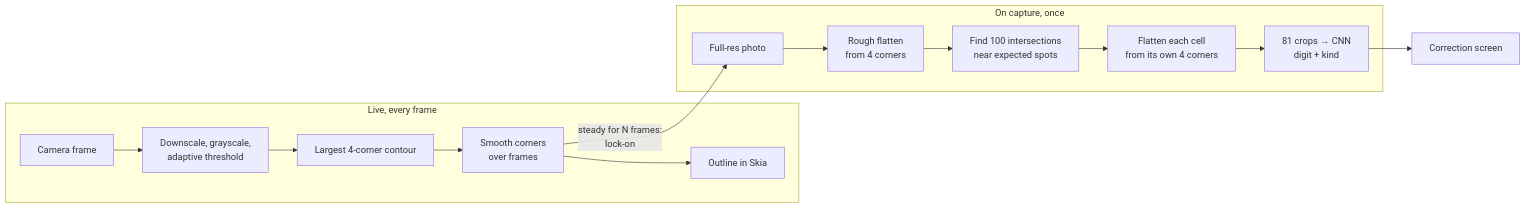
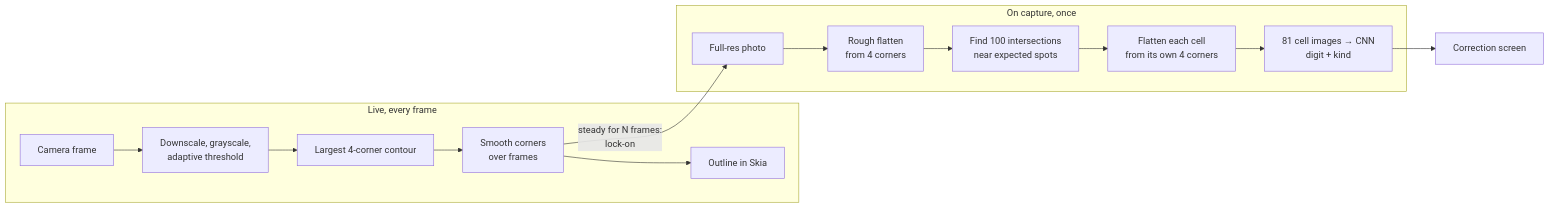
Before and after one commit to vandemaelefelix/sudoku: the diagram in docs/architecture/00-concepts/scan-pipeline.md, drawn with Mermaid. The commit also changed other lines of this file and 24 other files, not shown here.

Commit message:
docs: apply architecture review findings, add ADR-010 to ADR-013

````diff
--- a/docs/architecture/00-concepts/scan-pipeline.md
+++ b/docs/architecture/00-concepts/scan-pipeline.md
@@ -27,17 +27,17 @@
 ```mermaid
 flowchart LR
     subgraph live["Live, every frame"]
         f["Camera frame"] --> d["Downscale, grayscale,<br>adaptive threshold"]
         d --> q["Largest 4-corner contour"]
         q --> s["Smooth corners<br>over frames"]
         s --> o["Outline in Skia"]
     end
     subgraph cap["On capture, once"]
         p["Full-res photo"] --> w["Rough flatten<br>from 4 corners"]
         w --> i["Find 100 intersections<br>near expected spots"]
         i --> c["Flatten each cell<br>from its own 4 corners"]
-        c --> m["81 crops → CNN<br>digit + kind"]
+        c --> m["81 cell images → CNN<br>digit + kind"]
     end
     s -->|steady for N frames:<br>lock-on| p
     m --> r["Correction screen"]
 ```
````
